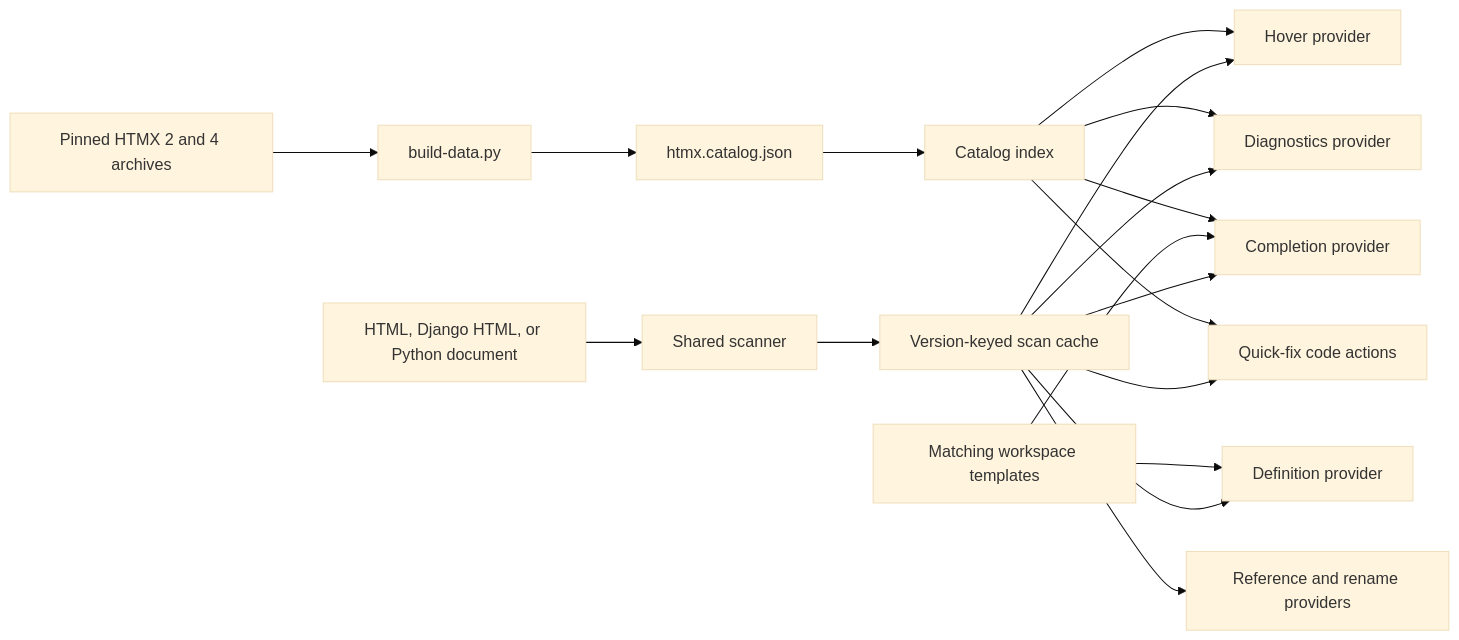
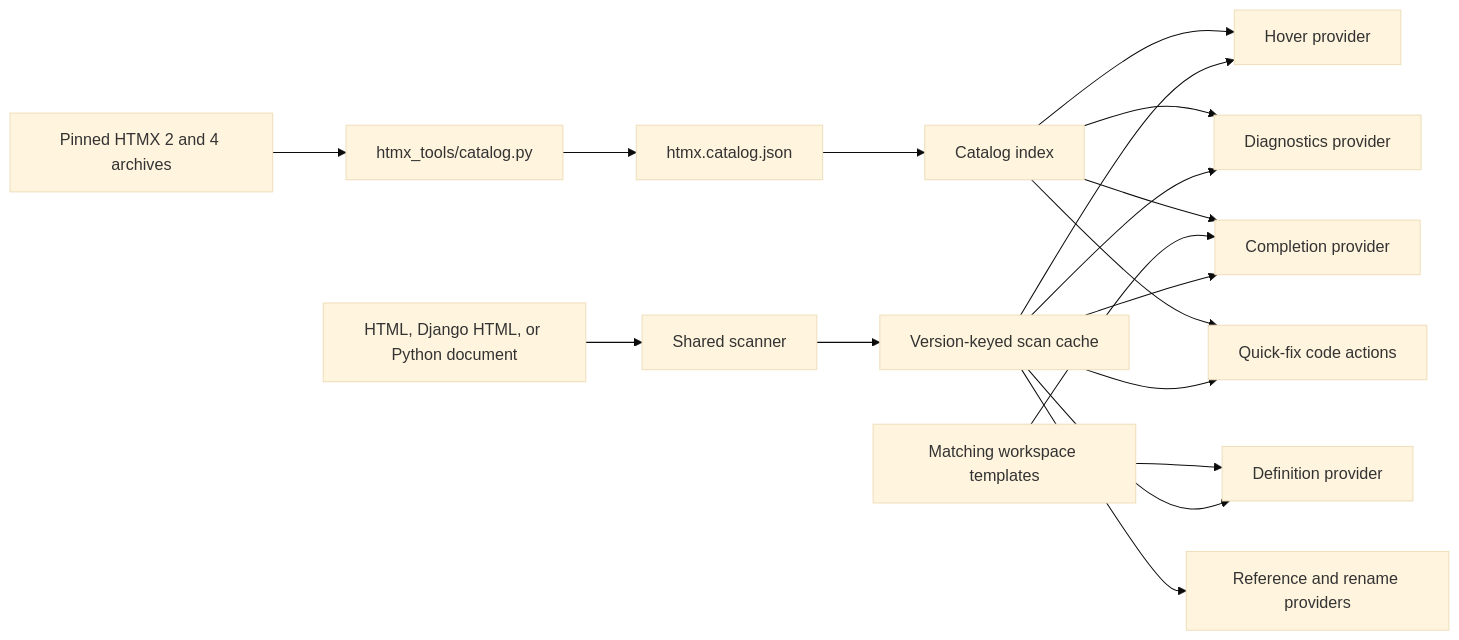
Before and after one commit to difegam/htmx-tags: the diagram in docs/explanation/architecture.md, drawn with Mermaid (base theme). The commit also changed other lines of this file and 40 other files, not shown here.

````diff
--- a/docs/explanation/architecture.md
+++ b/docs/explanation/architecture.md
@@ -5,20 +5,20 @@
 ```mermaid
 flowchart LR
-    Archives["Pinned HTMX 2 and 4 archives"] --> Generator["build-data.py"]
+    Archives["Pinned HTMX 2 and 4 archives"] --> Generator["htmx_tools/catalog.py"]
     Generator --> Catalog["htmx.catalog.json"]
     Catalog --> Runtime["Catalog index"]
     Source["HTML, Django HTML, or Python document"] --> Scanner["Shared scanner"]
     Scanner --> Cache["Version-keyed scan cache"]
     Cache --> Completion["Completion provider"]
     Cache --> Hover["Hover provider"]
     Cache --> Diagnostics["Diagnostics provider"]
     Cache --> Definition["Definition provider"]
     Cache --> CodeActions["Quick-fix code actions"]
     Cache --> Rename["Reference and rename providers"]
     Workspace["Matching workspace templates"] --> Completion
     Workspace --> Definition
     Runtime --> Completion
     Runtime --> Hover
     Runtime --> Diagnostics
     Runtime --> CodeActions
 ```
````
